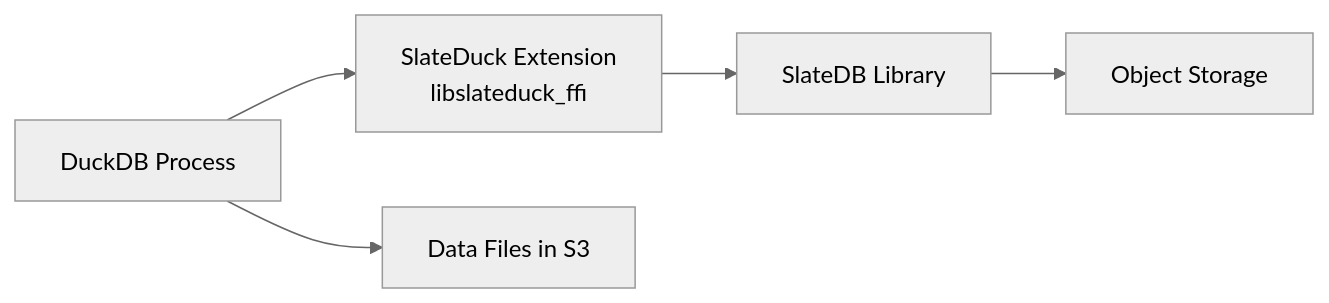
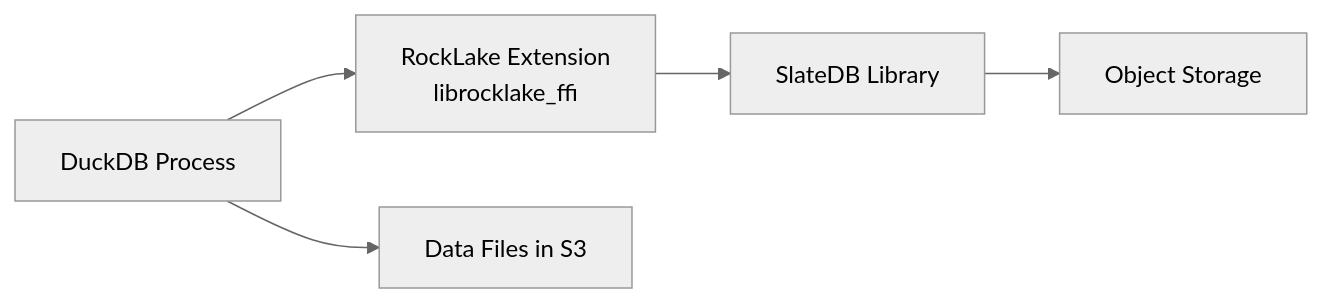
One commit to trickle-labs/rocklake changed the diagram in docs/integration/native-extension.md. Above: the diagram before and after it, drawn with Mermaid (neutral theme). The commit also changed other lines of this file and 398 other files, not shown here.

First line of the commit message:
rename: SlateDuck -> RockLake across entire codebase (#48)

````diff
--- a/docs/integration/native-extension.md
+++ b/docs/integration/native-extension.md
@@ -9,7 +9,7 @@
 ```mermaid
 graph LR
-    DuckDB[DuckDB Process] --> Ext[SlateDuck Extension<br/>libslateduck_ffi]
+    DuckDB[DuckDB Process] --> Ext[RockLake Extension<br/>librocklake_ffi]
     Ext --> SlateDB[SlateDB Library]
     SlateDB --> S3[Object Storage]
     DuckDB --> Parquet[Data Files in S3]
 ```
````
